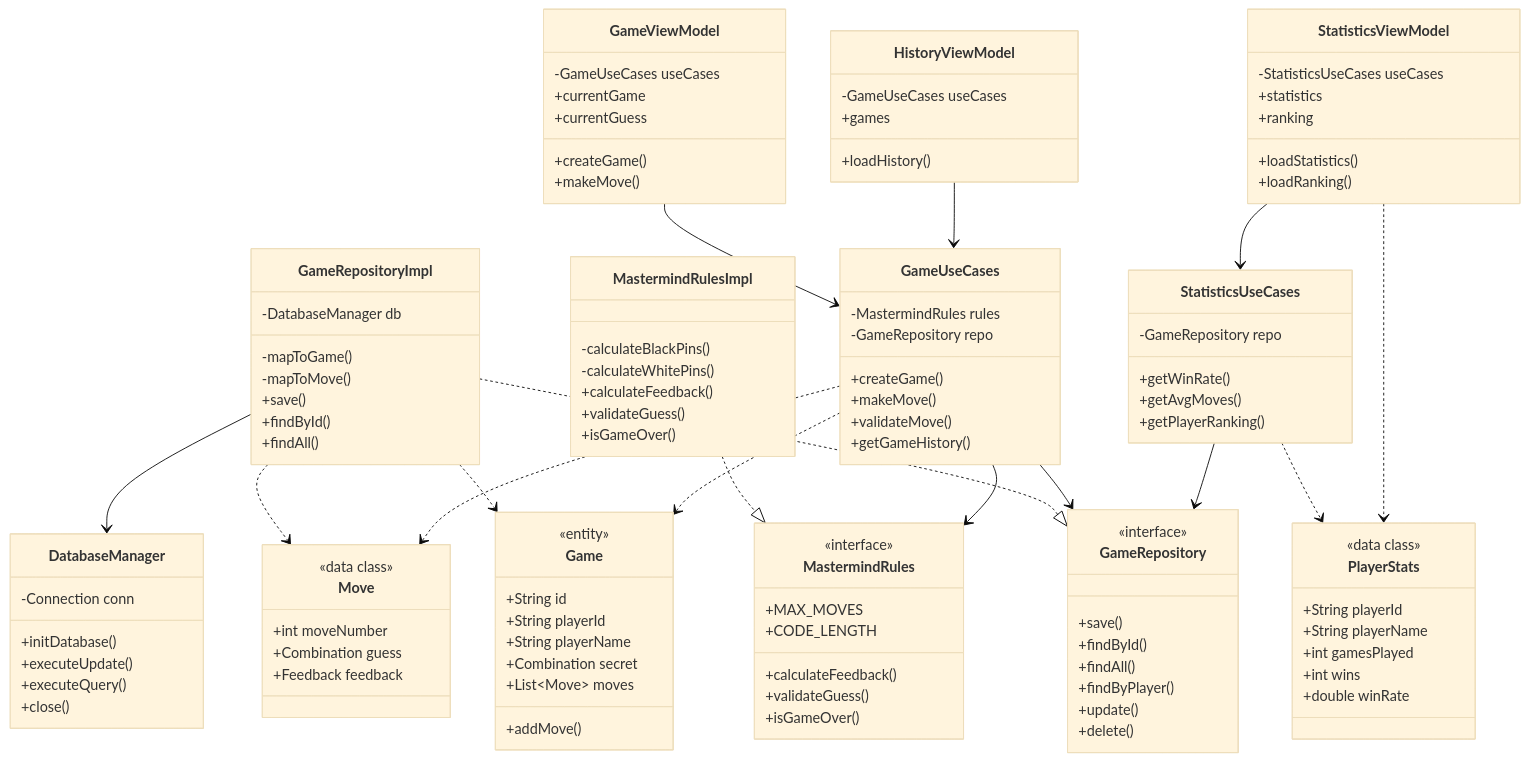
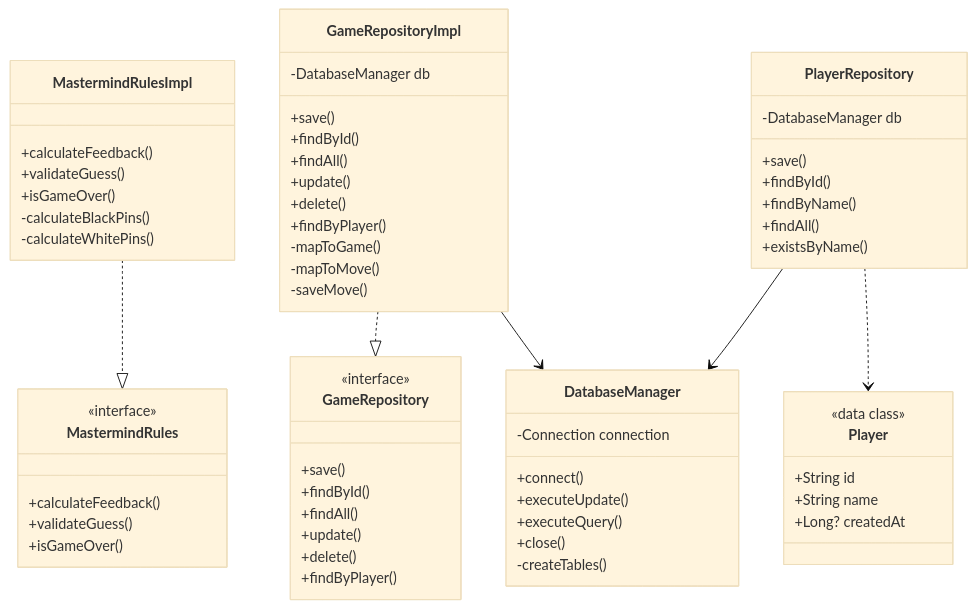
The third of 3 diagrams in docs/Update Architecture.md (Andrew2114/kotlin-s_game), drawn with Mermaid (base theme) before and after one commit. The commit also changed other lines of this file, not shown here.

Commit message:
Realize the Database, add some files and update their, and update class diagram

````diff
--- a/docs/Update Architecture.md
+++ b/docs/Update Architecture.md
@@ -123,145 +150,78 @@
 classDiagram
     direction TB
     
-    %% ============ ИНТЕРФЕЙСЫ (из ядра) ============
+    %% DOMAIN INTERFACES
+    class MastermindRules {
+        <<interface>>
+        +calculateFeedback()
+        +validateGuess()
+        +isGameOver()
+    }
+    
     class GameRepository {
         <<interface>>
         +save()
         +findById()
         +findAll()
-        +findByPlayer()
         +update()
         +delete()
+        +findByPlayer()
     }
     
-    class MastermindRules {
-        <<interface>>
+    %% INFRASTRUCTURE IMPLEMENTATIONS
+    class MastermindRulesImpl {
         +calculateFeedback()
         +validateGuess()
         +isGameOver()
-        +MAX_MOVES
-        +CODE_LENGTH
-    }
-    
-    %% ============ ИНФРАСТРУКТУРА ============
-    class DatabaseManager {
-        -Connection conn
-        +initDatabase()
-        +executeUpdate()
-        +executeQuery()
-        +close()
+        -calculateBlackPins()
+        -calculateWhitePins()
     }
     
     class GameRepositoryImpl {
         -DatabaseManager db
-        -mapToGame()
-        -mapToMove()
         +save()
         +findById()
         +findAll()
+        +update()
+        +delete()
+        +findByPlayer()
+        -mapToGame()
+        -mapToMove()
+        -saveMove()
     }
     
-    class MastermindRulesImpl {
-        -calculateBlackPins()
-        -calculateWhitePins()
-        +calculateFeedback()
-        +validateGuess()
-        +isGameOver()
+    class PlayerRepository {
+        -DatabaseManager db
+        +save()
+        +findById()
+        +findByName()
+        +findAll()
+        +existsByName()
     }
     
-    %% ============ USE CASES (из ядра) ============
-    class GameUseCases {
-        -MastermindRules rules
-        -GameRepository repo
-        +createGame()
-        +makeMove()
-        +validateMove()
-        +getGameHistory()
+    class DatabaseManager {
+        -Connection connection
+        +connect()
+        +executeUpdate()
+        +executeQuery()
+        +close()
+        -createTables()
     }
     
-    class StatisticsUseCases {
-        -GameRepository repo
-        +getWinRate()
-        +getAvgMoves()
-        +getPlayerRanking()
+    %% DATA CLASS
+    class Player {
+        <<data class>>
+        +String id
+        +String name
+        +Long? createdAt
     }
     
-    %% ============ ENTITIES (из ядра) ============
-    class Game {
-        <<entity>>
-        +String id
-        +String playerId
-        +String playerName
-        +Combination secret
-        +List~Move~ moves
-        +addMove()
-    }
-    
-    class Move {
-        <<data class>>
-        +int moveNumber
-        +Combination guess
-        +Feedback feedback
-    }
-    
-    class PlayerStats {
-        <<data class>>
-        +String playerId
-        +String playerName
-        +int gamesPlayed
-        +int wins
-        +double winRate
-    }
-    
-    %% ============ VIEWMODELS ============
-    class GameViewModel {
-        -GameUseCases useCases
-        +currentGame
-        +currentGuess
-        +createGame()
-        +makeMove()
-    }
-    
-    class HistoryViewModel {
-        -GameUseCases useCases
-        +games
-        +loadHistory()
-    }
-    
-    class StatisticsViewModel {
-        -StatisticsUseCases useCases
-        +statistics
-        +ranking
-        +loadStatistics()
-        +loadRanking()
-    }
-    
-    %% ============ СВЯЗИ ============
-    
-    %% Реализации интерфейсов
+    %% СВЯЗИ
     MastermindRulesImpl ..|> MastermindRules
     GameRepositoryImpl ..|> GameRepository
     
-    %% Инфраструктура
     GameRepositoryImpl --> DatabaseManager
-    GameRepositoryImpl ..> Game
-    GameRepositoryImpl ..> Move
+    PlayerRepository --> DatabaseManager
     
-    %% Use Cases используют интерфейсы
-    GameUseCases --> MastermindRules
-    GameUseCases --> GameRepository
-    StatisticsUseCases --> GameRepository
-    
-    %% Use Cases возвращают сущности
-    GameUseCases ..> Game
-    GameUseCases ..> Move
-    StatisticsUseCases ..> PlayerStats
-    
-    %% ViewModels используют Use Cases
-    GameViewModel --> GameUseCases
-    HistoryViewModel --> GameUseCases
-    StatisticsViewModel --> StatisticsUseCases
-    
-    %% ViewModel отображает DTO
-    StatisticsViewModel ..> PlayerStats
+    PlayerRepository ..> Player
 ```
````
